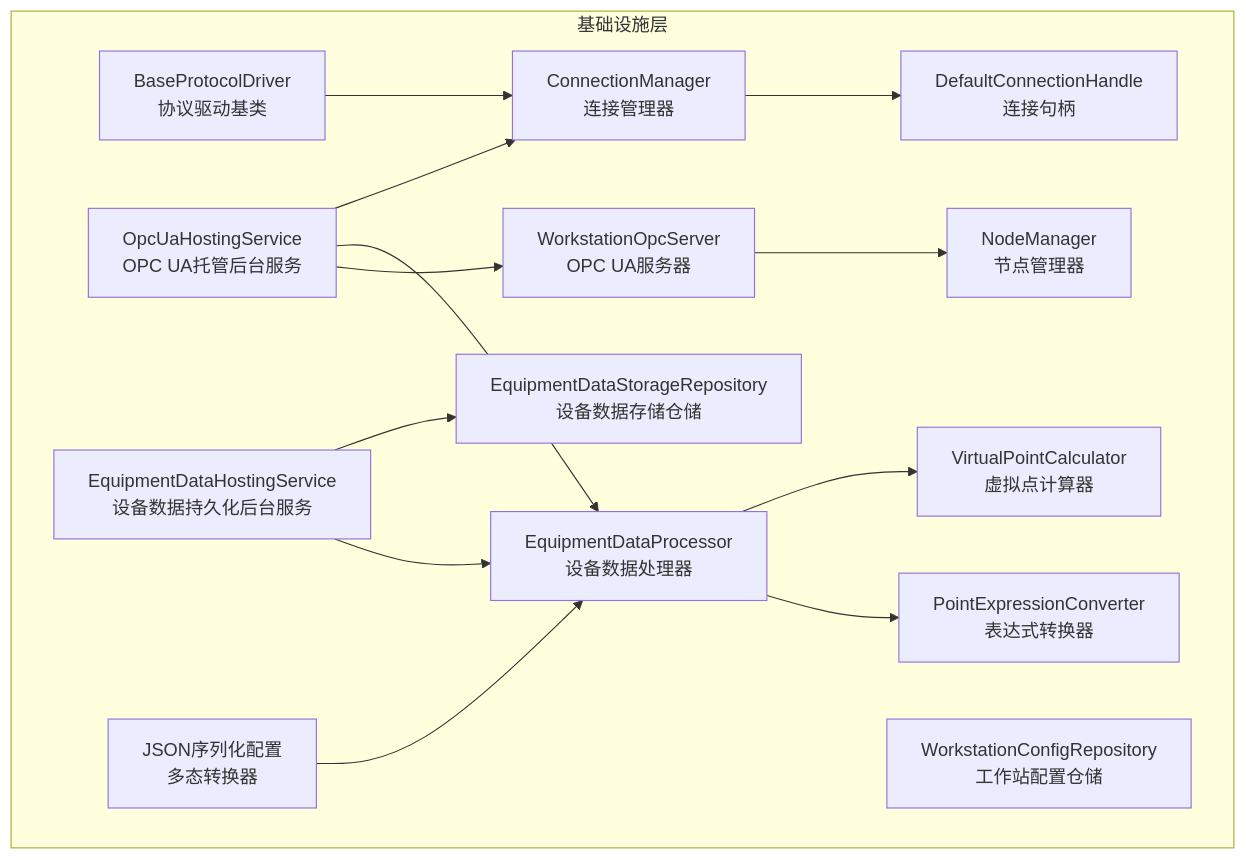
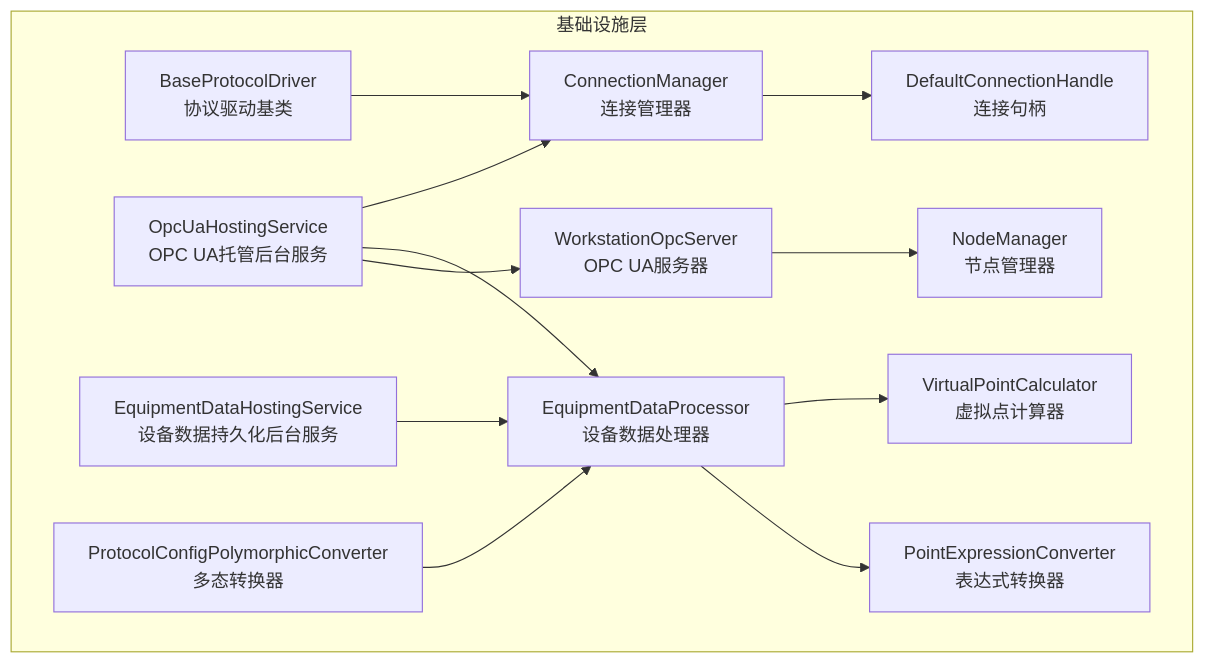
The first of 9 diagrams in .qoder/repowiki/zh/content/基础设施层.md (whitemousetl/IndustrialDataSolution), drawn with Mermaid before and after one commit. The commit also changed other lines of this file and 13 other files, not shown here.

````diff
--- a/.qoder/repowiki/zh/content/基础设施层.md
+++ b/.qoder/repowiki/zh/content/基础设施层.md
@@ -64,29 +66,26 @@
 ```mermaid
 graph TB
 subgraph "基础设施层"
 CM["ConnectionManager<br/>连接管理器"]
 CH["DefaultConnectionHandle<br/>连接句柄"]
 PD["BaseProtocolDriver<T><br/>协议驱动基类"]
 EDP["EquipmentDataProcessor<br/>设备数据处理器"]
 PEC["PointExpressionConverter<br/>表达式转换器"]
 VPC["VirtualPointCalculator<br/>虚拟点计算器"]
 OPS["WorkstationOpcServer<br/>OPC UA服务器"]
 NM["NodeManager<br/>节点管理器"]
 EDHS["EquipmentDataHostingService<br/>设备数据持久化后台服务"]
 OHS["OpcUaHostingService<br/>OPC UA托管后台服务"]
-WCR["WorkstationConfigRepository<br/>工作站配置仓储"]
-EDS["EquipmentDataStorageRepository<br/>设备数据存储仓储"]
-JSON["JSON序列化配置<br/>多态转换器"]
+PC["ProtocolConfigPolymorphicConverter<br/>多态转换器"]
 end
 CM --> CH
 PD --> CM
 EDP --> PEC
 EDP --> VPC
 OHS --> OPS
 OPS --> NM
 OHS --> EDP
 OHS --> CM
 EDHS --> EDP
-EDHS --> EDS
-JSON --> EDP
+PC --> EDP
 ```
````
